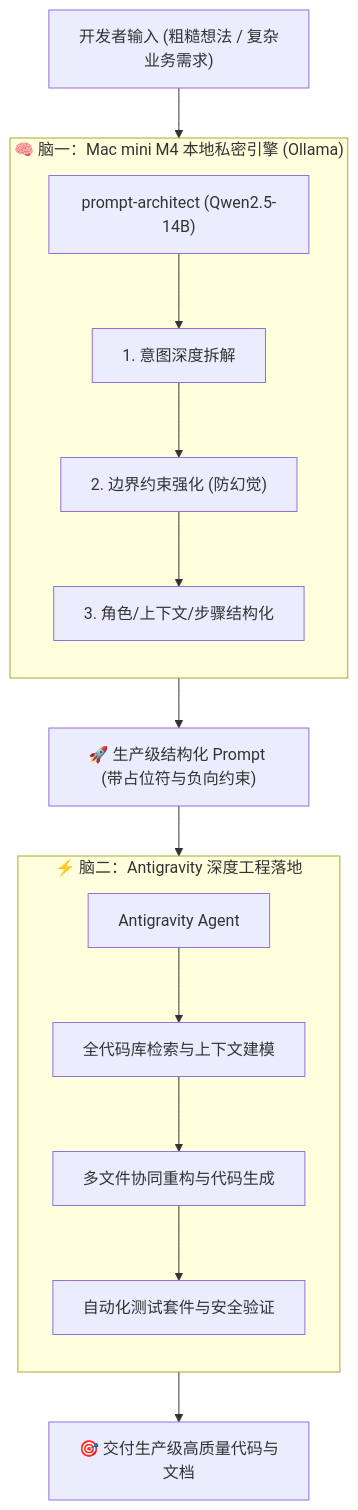
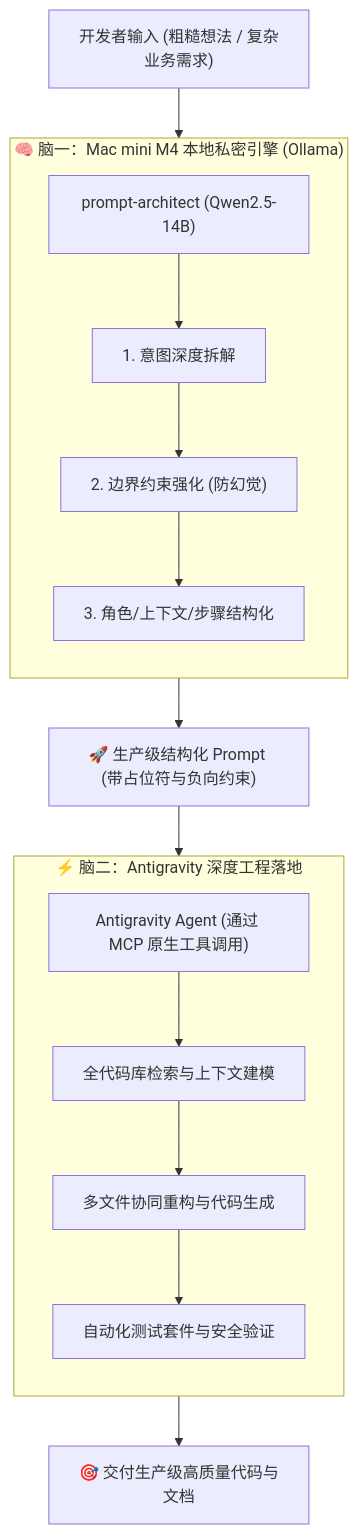
The diagram in README.md (EcrosoftXiao/dual-brain-prompt), drawn with Mermaid before and after one commit. The commit also changed other lines of this file and 4 other files, not shown here.

````diff
--- a/README.md
+++ b/README.md
@@ -10,28 +10,28 @@
 ```mermaid
 flowchart TD
     User["开发者输入 (粗糙想法 / 复杂业务需求)"] --> LocalBrain
     
     subgraph LocalBrain ["🧠 脑一：Mac mini M4 本地私密引擎 (Ollama)"]
         direction TB
         M4Model["prompt-architect (Qwen2.5-14B)"]
         Parse["1. 意图深度拆解"]
         Rule["2. 边界约束强化 (防幻觉)"]
         Format["3. 角色/上下文/步骤结构化"]
         M4Model --> Parse --> Rule --> Format
     end
     
     Format --> CleanPrompt["🚀 生产级结构化 Prompt (带占位符与负向约束)"]
     
     CleanPrompt --> CloudBrain
     
     subgraph CloudBrain ["⚡ 脑二：Antigravity 深度工程落地"]
         direction TB
-        AGY["Antigravity Agent"]
+        AGY["Antigravity Agent (通过 MCP 原生工具调用)"]
         AGY_Read["全代码库检索与上下文建模"]
         AGY_Write["多文件协同重构与代码生成"]
         AGY_Test["自动化测试套件与安全验证"]
         AGY --> AGY_Read --> AGY_Write --> AGY_Test
     end
     
     AGY_Test --> ProductionCode["🎯 交付生产级高质量代码与文档"]
 ```
````
